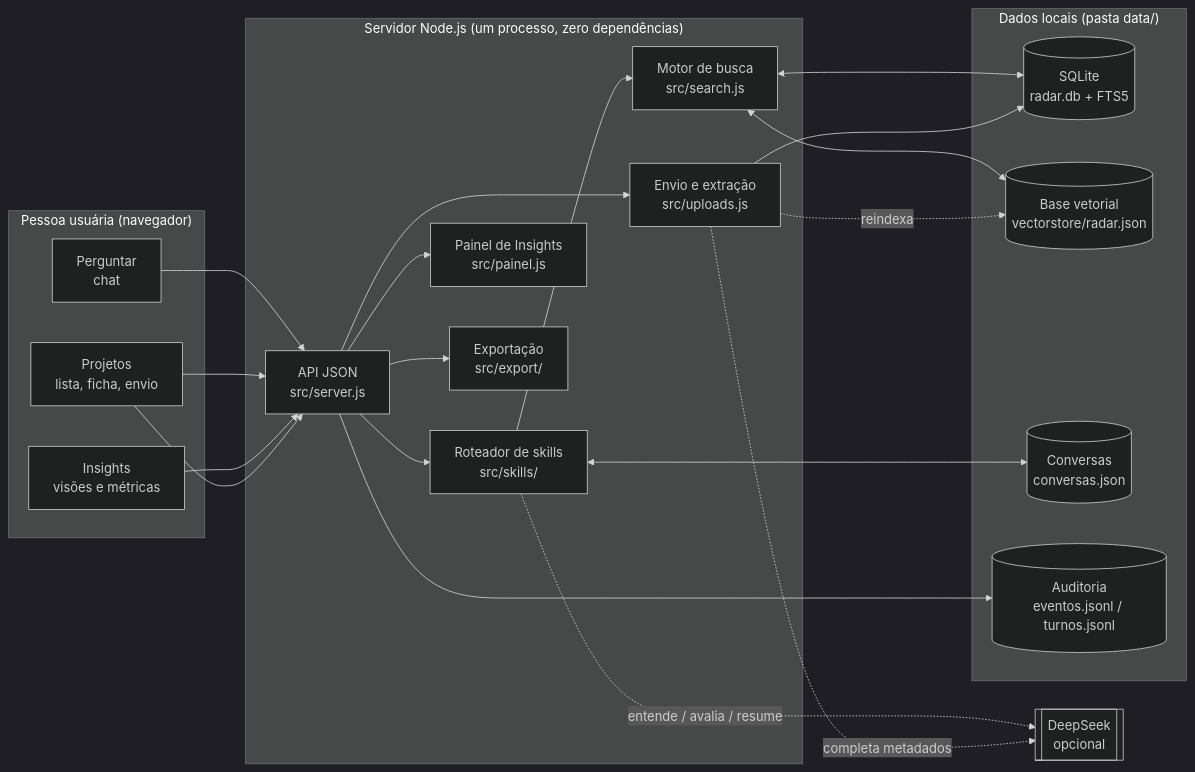
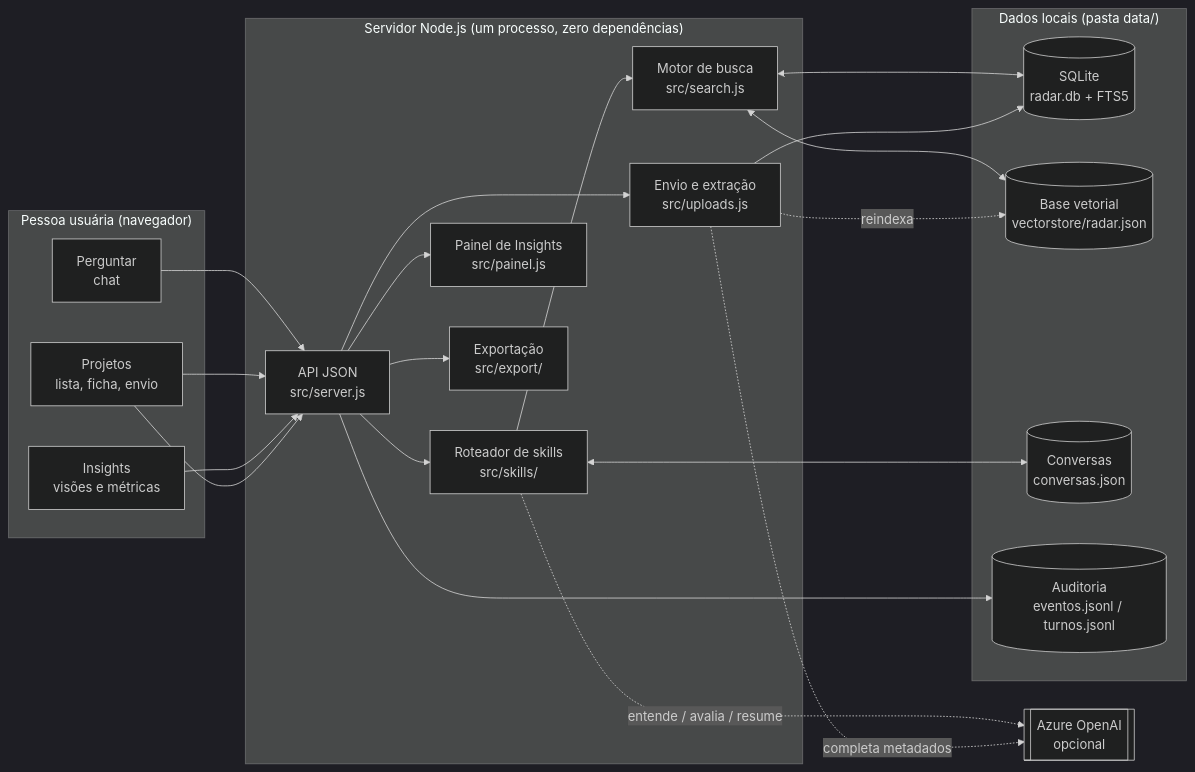
Before and after one commit to ivanltds/ntt-power-house: the first of 16 diagrams in radar-v0/docs/COMO-FUNCIONA-O-RADAR.md, drawn with Mermaid (dark theme). The commit also changed other lines of this file and 9 other files, not shown here.

First line of the commit message:
Radar: textos e documentação com Azure OpenAI, .dockerignore fechado e guia de deploy revisado

````diff
--- a/radar-v0/docs/COMO-FUNCIONA-O-RADAR.md
+++ b/radar-v0/docs/COMO-FUNCIONA-O-RADAR.md
@@ -57,39 +57,39 @@
 ```mermaid
 flowchart LR
   subgraph Usuario["Pessoa usuária (navegador)"]
     P[Perguntar<br/>chat]
     J[Projetos<br/>lista, ficha, envio]
     I[Insights<br/>visões e métricas]
   end
 
   subgraph Servidor["Servidor Node.js (um processo, zero dependências)"]
     API[API JSON<br/>src/server.js]
     SK[Roteador de skills<br/>src/skills/]
     BUS[Motor de busca<br/>src/search.js]
     UP[Envio e extração<br/>src/uploads.js]
     PN[Painel de Insights<br/>src/painel.js]
     EX[Exportação<br/>src/export/]
   end
 
   subgraph Dados["Dados locais (pasta data/)"]
     DB[(SQLite<br/>radar.db + FTS5)]
     VS[(Base vetorial<br/>vectorstore/radar.json)]
     CV[(Conversas<br/>conversas.json)]
     AU[(Auditoria<br/>eventos.jsonl / turnos.jsonl)]
   end
 
-  IA[[DeepSeek<br/>opcional]]
+  IA[[Azure OpenAI<br/>opcional]]
 
   P --> API --> SK --> BUS
   J --> API --> UP
   I --> API --> PN
   J --> API --> EX
   BUS <--> DB
   BUS <--> VS
   UP --> DB
   UP -. reindexa .-> VS
   SK <--> CV
   API --> AU
   SK -. entende / avalia / resume .-> IA
   UP -. completa metadados .-> IA
 ```
````
